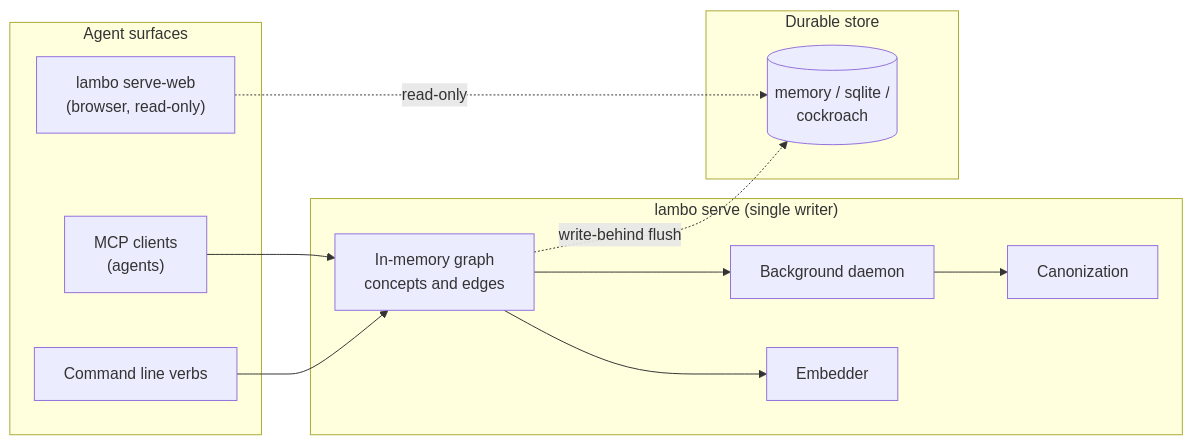
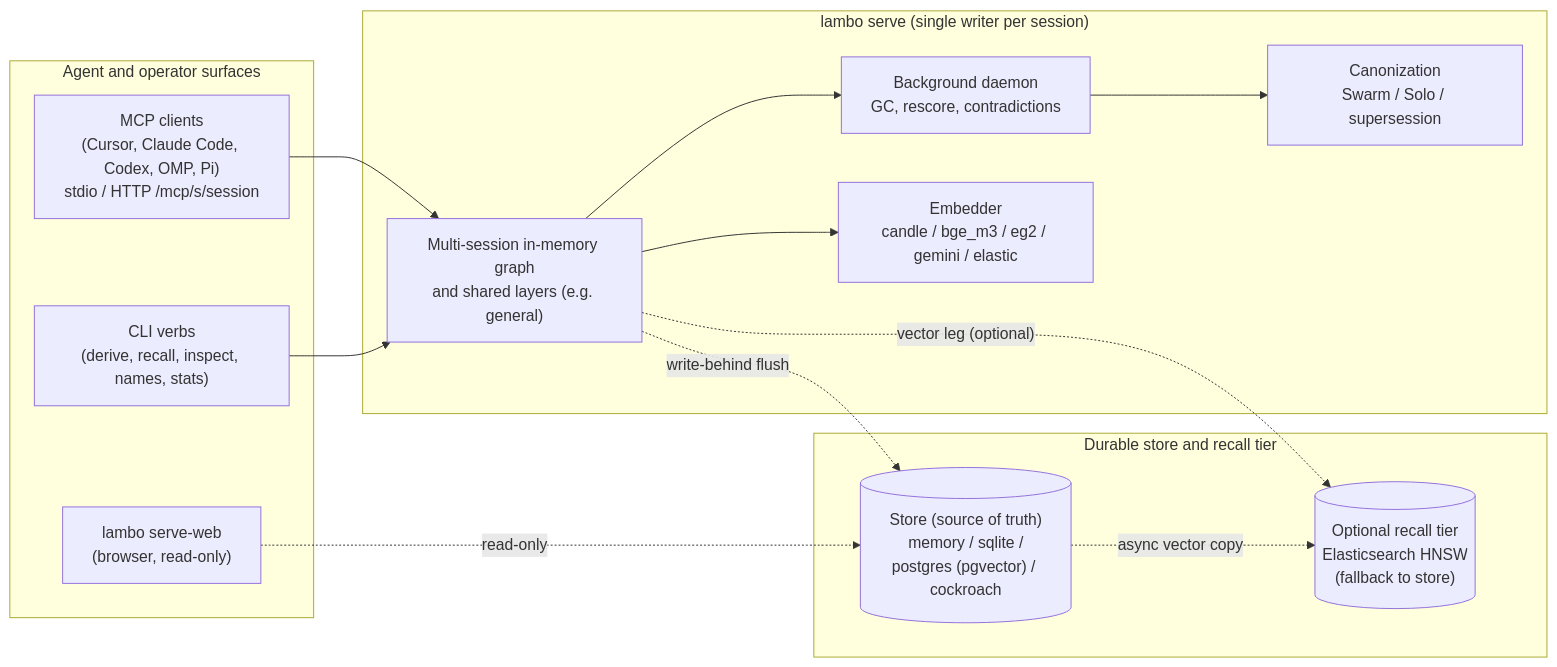
Before and after one commit to nrynss/lambo: the diagram in README.md, drawn with Mermaid. The commit also changed other lines of this file and 23 other files, not shown here.

````diff
--- a/README.md
+++ b/README.md
@@ -206,24 +216,27 @@
 ```mermaid
 flowchart LR
-    subgraph Surfaces["Agent surfaces"]
-        MCP["MCP clients<br/>(agents)"]
-        CLI["Command line verbs"]
+    subgraph Surfaces["Agent and operator surfaces"]
+        MCP["MCP clients<br/>(Cursor, Claude Code, Codex, OMP, Pi)<br/>stdio / HTTP /mcp/s/session"]
+        CLI["CLI verbs<br/>(derive, recall, inspect, names, stats)"]
         WEB["lambo serve-web<br/>(browser, read-only)"]
     end
-    subgraph Writer["lambo serve (single writer)"]
-        GRAPH["In-memory graph<br/>concepts and edges"]
-        DAEMON["Background daemon"]
-        CANON["Canonization"]
-        EMB["Embedder"]
+    subgraph Writer["lambo serve (single writer per session)"]
+        GRAPH["Multi-session in-memory graph<br/>and shared layers (e.g. general)"]
+        DAEMON["Background daemon<br/>GC, rescore, contradictions"]
+        CANON["Canonization<br/>Swarm / Solo / supersession"]
+        EMB["Embedder<br/>candle / bge_m3 / eg2 / gemini / elastic"]
     end
-    subgraph Durable["Durable store"]
-        DB[("memory / sqlite /<br/>cockroach")]
+    subgraph Storage["Durable store and recall tier"]
+        DB[("Store (source of truth)<br/>memory / sqlite /<br/>postgres (pgvector) / cockroach")]
+        ES[("Optional recall tier<br/>Elasticsearch HNSW<br/>(fallback to store)")]
     end
     MCP --> GRAPH
     CLI --> GRAPH
     WEB -. "read-only" .-> DB
     GRAPH --> EMB
     GRAPH --> DAEMON
     DAEMON --> CANON
     GRAPH -. "write-behind flush" .-> DB
+    DB -. "async vector copy" .-> ES
+    GRAPH -. "vector leg (optional)" .-> ES
 ```
````
